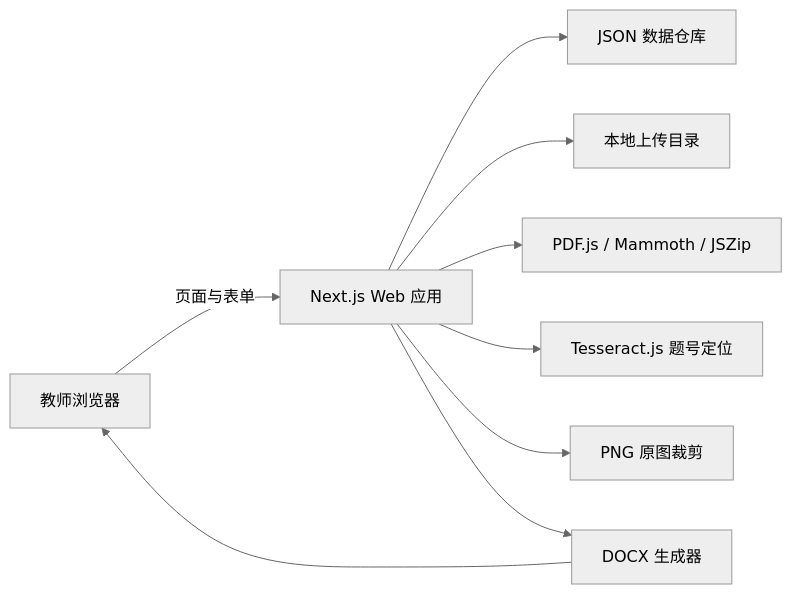
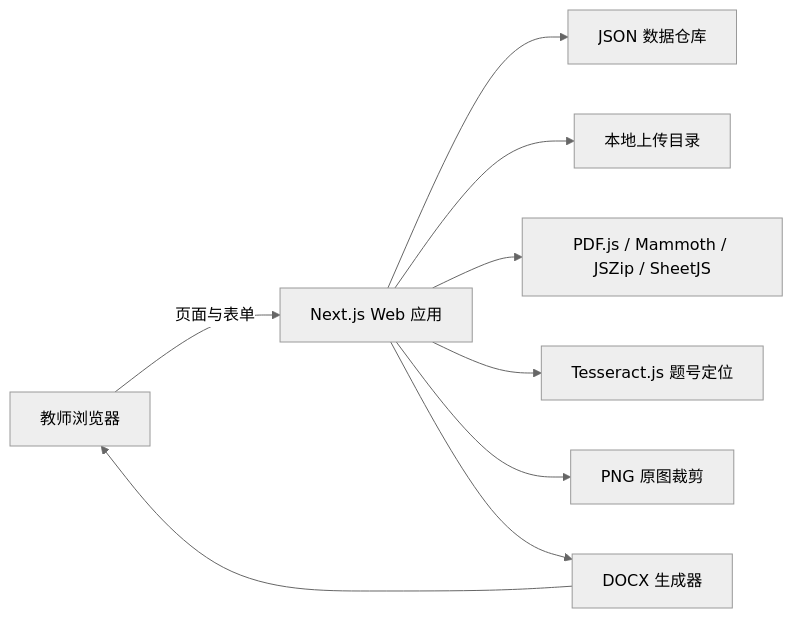
Before and after one commit to wangnn0506/math-analysis-system: the first of 2 diagrams in docs/ARCHITECTURE.md, drawn with Mermaid (neutral theme). The commit also changed other lines of this file and 21 other files, not shown here.

```diff
--- a/docs/ARCHITECTURE.md
+++ b/docs/ARCHITECTURE.md
@@ -7,11 +7,11 @@
 ~~~mermaid
 flowchart LR
     T["教师浏览器"] -->|"页面与表单"| N["Next.js Web 应用"]
     N --> S["JSON 数据仓库"]
     N --> U["本地上传目录"]
-    N --> X["PDF.js / Mammoth / JSZip"]
+    N --> X["PDF.js / Mammoth / JSZip / SheetJS"]
     N --> O["Tesseract.js 题号定位"]
     N --> P["PNG 原图裁剪"]
     N --> W["DOCX 生成器"]
     W --> T
 ~~~
```
